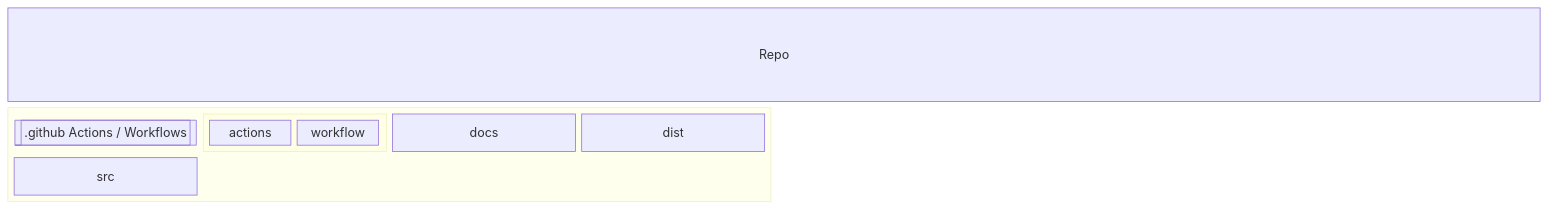
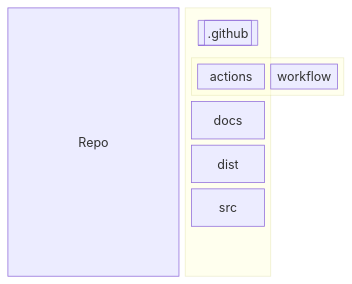
One commit to Zheng-Bote/repo-template changed the first of 2 diagrams in README.md. Above: the diagram before and after it, drawn with Mermaid. The commit also changed other lines of this file, not shown here.

Commit message:
fix: Mermaid extended

````diff
--- a/README.md
+++ b/README.md
@@ -183,16 +186,16 @@
 ```mermaid
 block-beta
   columns 4
-  Repo:4
-  block:Structure:2
-    columns 4
-    id1[[".github Actions / Workflows"]]
-    block:group1:1
+  Repo:2
+  block:group1:1
+    columns 1
+    id1[[".github"]]
+    block:group2:2
       columns 2
       actions workflow
     end
     id2["docs"]
     id3["dist"]
     id4["src"]
   end
 ```
````
